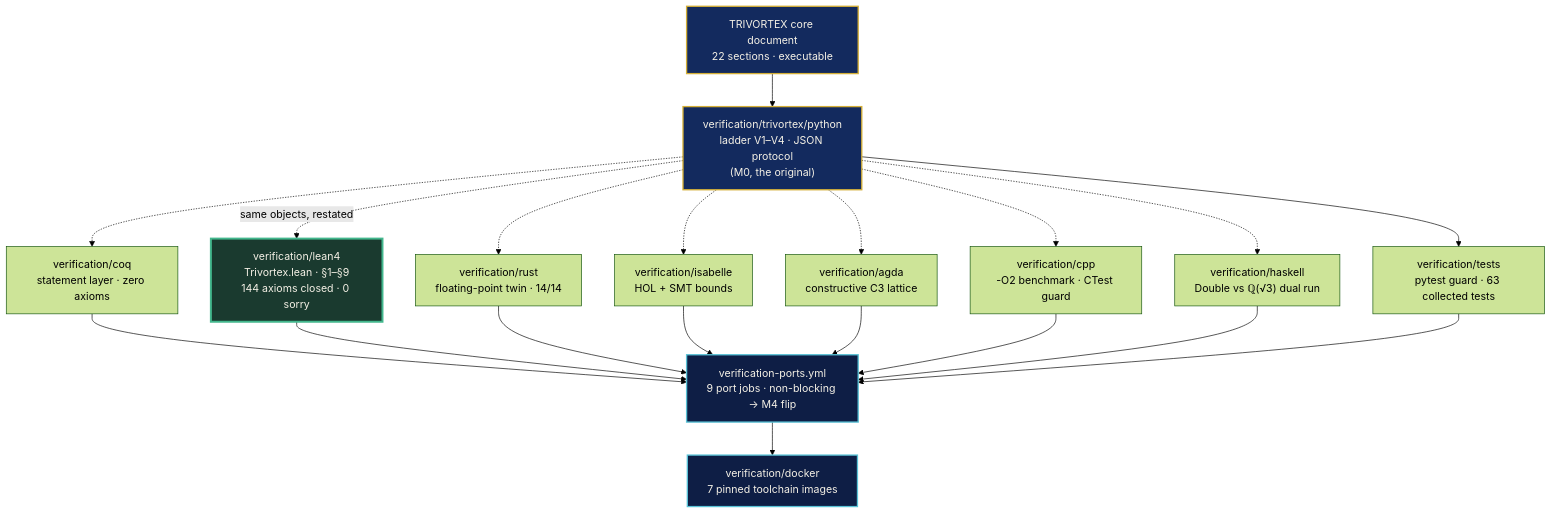
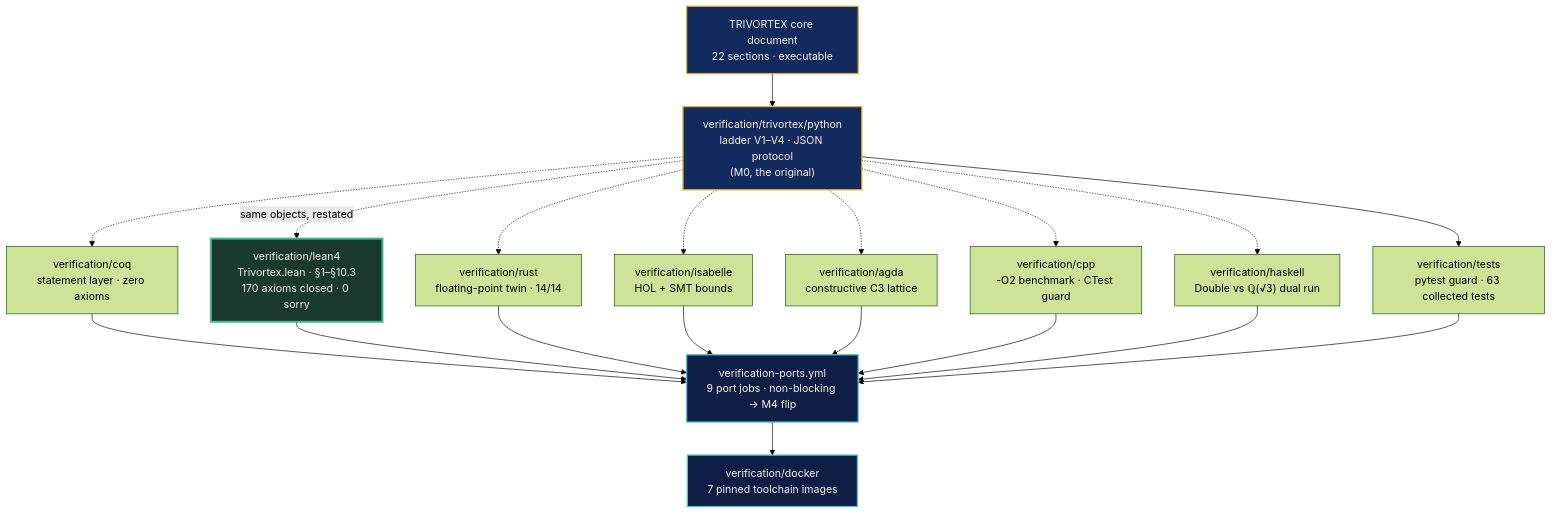
One commit to wild8highlander/Trivortex changed the first of 5 diagrams in verification/lean4/README.md. Above: the diagram before and after it, drawn with Mermaid (forest theme). The commit also changed other lines of this file and 42 other files, not shown here.

````diff
--- a/verification/lean4/README.md
+++ b/verification/lean4/README.md
@@ -254,25 +255,25 @@
 ```mermaid
 flowchart TB
     DOC["TRIVORTEX core document<br/>22 sections · executable"]:::gold
     PY["verification/trivortex/python<br/>ladder V1–V4 · JSON protocol<br/>(M0, the original)"]:::gold
     TESTS["verification/tests<br/>pytest guard · 63 collected tests"]
-    LEAN["verification/lean4<br/>Trivortex.lean · §1–§9<br/>144 axioms closed · 0 sorry"]:::lean
+    LEAN["verification/lean4<br/>Trivortex.lean · §1–§10.3<br/>170 axioms closed · 0 sorry"]:::lean
     COQ["verification/coq<br/>statement layer · zero axioms"]
     RUST["verification/rust<br/>floating-point twin · 14/14"]
     ISA["verification/isabelle<br/>HOL + SMT bounds"]
     AGDA["verification/agda<br/>constructive C3 lattice"]
     CPP["verification/cpp<br/>-O2 benchmark · CTest guard"]
     HS["verification/haskell<br/>Double vs ℚ(√3) dual run"]
     CI["verification-ports.yml<br/>9 port jobs · non-blocking → M4 flip"]:::ci
     DOCKER["verification/docker<br/>7 pinned toolchain images"]:::ci
 
     DOC --> PY
     PY --> TESTS
     PY -. "same objects, restated" .-> LEAN
     PY -.-> COQ & RUST & ISA & AGDA & CPP & HS
     COQ & LEAN & RUST & ISA & AGDA & CPP & HS & TESTS --> CI
     CI --> DOCKER
     classDef gold fill:#132A5E,stroke:#D4AF37,stroke-width:2px,color:#F5F1E6
     classDef lean fill:#1A3A2F,stroke:#43B78D,stroke-width:3px,color:#F5F1E6
     classDef ci fill:#0E1E45,stroke:#59C2D6,stroke-width:2px,color:#F5F1E6
 ```
````
